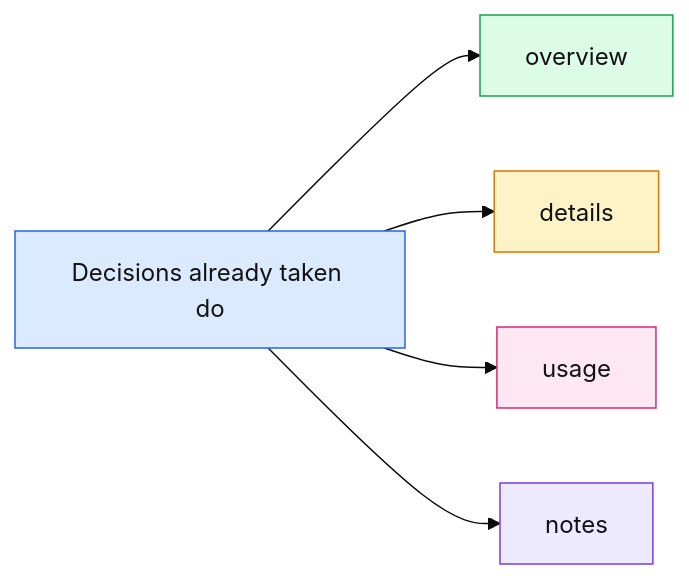
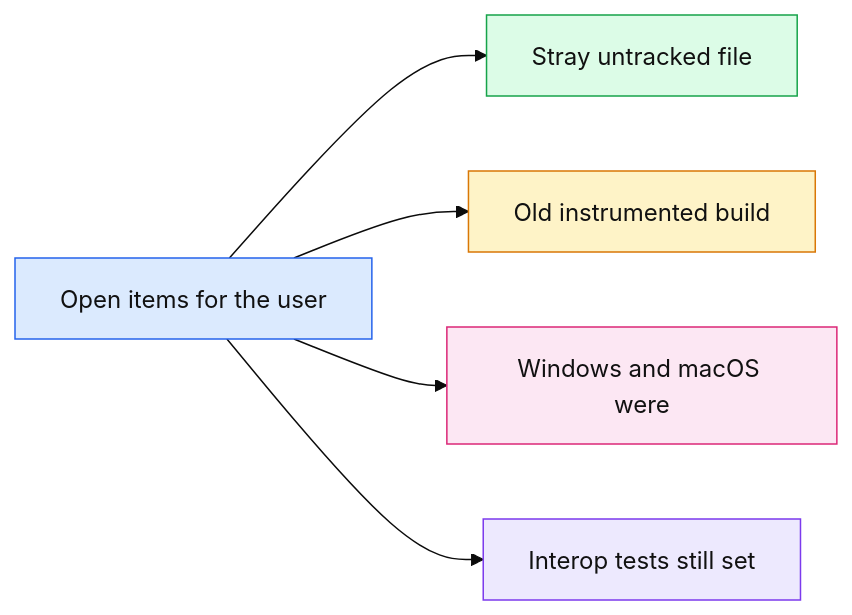
Before and after one commit to thomascherickal/ferrum-gpu: the second of 2 diagrams in handoff.md, drawn with Mermaid (base theme). The commit also changed other lines of this file and 3 other files, not shown here.

````diff
--- a/handoff.md
+++ b/handoff.md
@@ -113,13 +47,13 @@
 ```mermaid
 flowchart LR
-    a["Decisions already taken do"]:::root
-    a --> n0["overview"]:::c0
-    a --> n1["details"]:::c1
-    a --> n2["usage"]:::c2
-    a --> n3["notes"]:::c3
+    a["Open items for the user"]:::root
+    a --> n0["Stray untracked file"]:::c0
+    a --> n1["Old instrumented build"]:::c1
+    a --> n2["Windows and macOS were"]:::c2
+    a --> n3["Interop tests still set"]:::c3
     classDef root fill:#dbeafe,stroke:#2563eb,color:#111
     classDef c0 fill:#dcfce7,stroke:#16a34a,color:#111
     classDef c1 fill:#fef3c7,stroke:#d97706,color:#111
     classDef c2 fill:#fce7f3,stroke:#db2777,color:#111
     classDef c3 fill:#ede9fe,stroke:#7c3aed,color:#111
 ```
````
